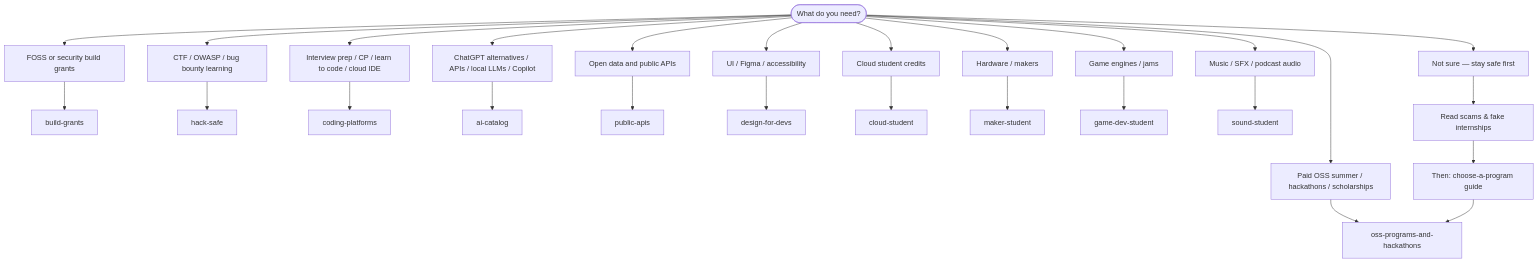
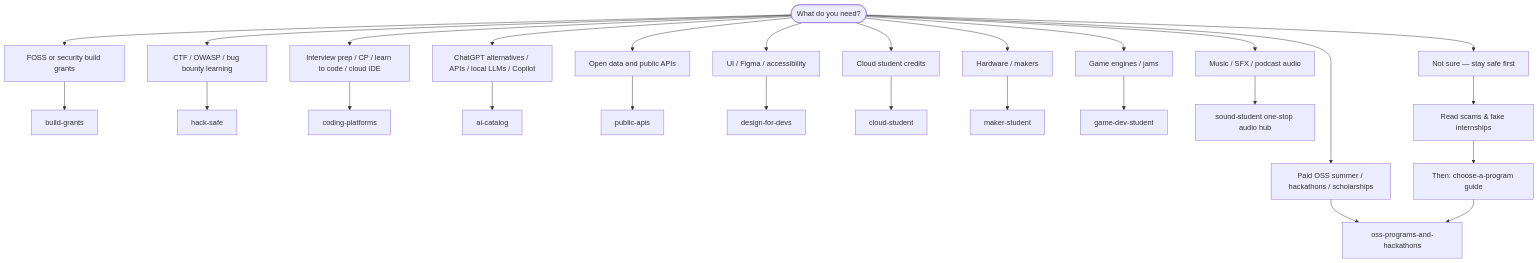
One commit to Jay-Lokhande/student-dev-catalogs changed the diagram in README.md. Above: the diagram before and after it, drawn with Mermaid. The commit also changed other lines of this file and 2 other files, not shown here.

Commit message:
Describe sound-student as one-stop audio hub in hub index.

````diff
--- a/README.md
+++ b/README.md
@@ -13,31 +13,31 @@
 ```mermaid
 flowchart TD
   start([What do you need?])
   start --> oss[Paid OSS summer / hackathons / scholarships]
   start --> grants[FOSS or security build grants]
   start --> sec[CTF / OWASP / bug bounty learning]
   start --> code[Interview prep / CP / learn to code / cloud IDE]
   start --> ai[ChatGPT alternatives / APIs / local LLMs / Copilot]
   start --> apis[Open data and public APIs]
   start --> design[UI / Figma / accessibility]
   start --> cloud[Cloud student credits]
   start --> maker[Hardware / makers]
   start --> games[Game engines / jams]
   start --> sound[Music / SFX / podcast audio]
   start --> safe[Not sure — stay safe first]
 
   oss --> ossRepo[oss-programs-and-hackathons]
   grants --> grantsRepo[build-grants]
   sec --> secRepo[hack-safe]
   code --> codeRepo[coding-platforms]
   ai --> aiRepo[ai-catalog]
   apis --> apisRepo[public-apis]
   design --> designRepo[design-for-devs]
   cloud --> cloudRepo[cloud-student]
   maker --> makerRepo[maker-student]
   games --> gamesRepo[game-dev-student]
-  sound --> soundRepo[sound-student]
+  sound --> soundRepo[sound-student one-stop audio hub]
   safe --> scam[Read scams & fake internships]
   scam --> choose[Then: choose-a-program guide]
   choose --> ossRepo
 ```
````
